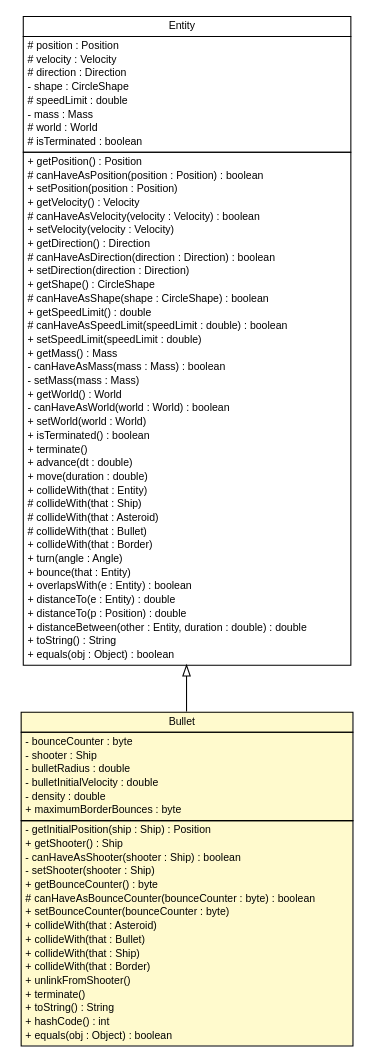
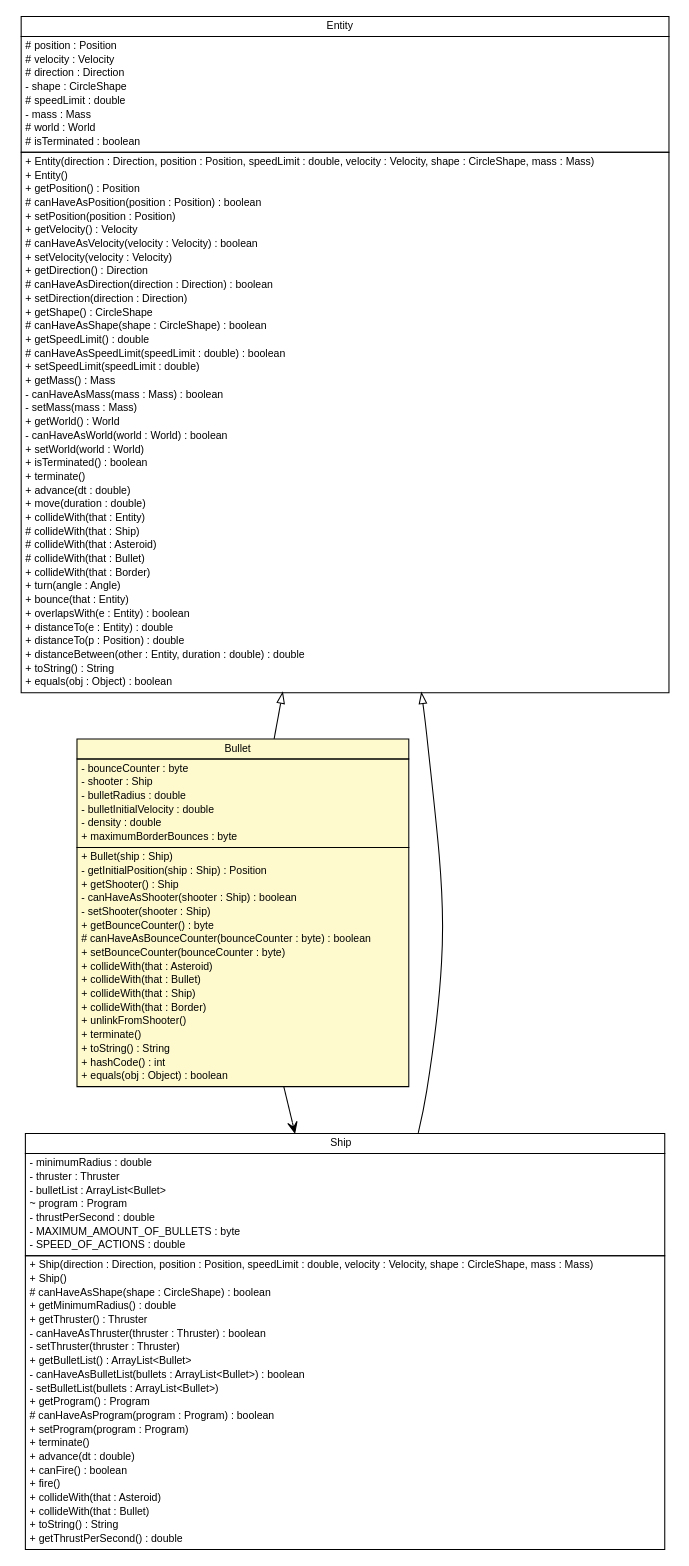
The diagram in doc/world/entity/Bullet.dot (sinopeus/asteroids), drawn with Graphviz before and after one commit. The commit also changed 940 other files, not shown here.

```diff
--- a/doc/world/entity/Bullet.dot
+++ b/doc/world/entity/Bullet.dot
@@ -1,101 +1,146 @@
 #!/usr/local/bin/dot
 #
 # Class diagram 
 # Generated by UMLGraph version R5_6 (http://www.umlgraph.org/)
 #
 
 digraph G {
 	edge [fontname="Helvetica",fontsize=10,labelfontname="Helvetica",labelfontsize=10];
 	node [fontname="Helvetica",fontsize=10,shape=plaintext];
 	nodesep=0.25;
 	ranksep=0.5;
 	// world.entity.Entity
-	c6643 [label=<<table title="world.entity.Entity" border="0" cellborder="1" cellspacing="0" cellpadding="2" port="p" href="./Entity.html">
+	c6675 [label=<<table title="world.entity.Entity" border="0" cellborder="1" cellspacing="0" cellpadding="2" port="p" href="./Entity.html">
 		<tr><td><table border="0" cellspacing="0" cellpadding="1">
 <tr><td align="center" balign="center"> Entity </td></tr>
 		</table></td></tr>
 		<tr><td><table border="0" cellspacing="0" cellpadding="1">
 <tr><td align="left" balign="left"> # position : Position </td></tr>
 <tr><td align="left" balign="left"> # velocity : Velocity </td></tr>
 <tr><td align="left" balign="left"> # direction : Direction </td></tr>
 <tr><td align="left" balign="left"> - shape : CircleShape </td></tr>
 <tr><td align="left" balign="left"> # speedLimit : double </td></tr>
 <tr><td align="left" balign="left"> - mass : Mass </td></tr>
 <tr><td align="left" balign="left"> # world : World </td></tr>
 <tr><td align="left" balign="left"> # isTerminated : boolean </td></tr>
 		</table></td></tr>
 		<tr><td><table border="0" cellspacing="0" cellpadding="1">
+<tr><td align="left" balign="left"> + Entity(direction : Direction, position : Position, speedLimit : double, velocity : Velocity, shape : CircleShape, mass : Mass) </td></tr>
+<tr><td align="left" balign="left"> + Entity() </td></tr>
 <tr><td align="left" balign="left"> + getPosition() : Position </td></tr>
 <tr><td align="left" balign="left"> # canHaveAsPosition(position : Position) : boolean </td></tr>
 <tr><td align="left" balign="left"> + setPosition(position : Position) </td></tr>
 <tr><td align="left" balign="left"> + getVelocity() : Velocity </td></tr>
 <tr><td align="left" balign="left"> # canHaveAsVelocity(velocity : Velocity) : boolean </td></tr>
 <tr><td align="left" balign="left"> + setVelocity(velocity : Velocity) </td></tr>
 <tr><td align="left" balign="left"> + getDirection() : Direction </td></tr>
 <tr><td align="left" balign="left"> # canHaveAsDirection(direction : Direction) : boolean </td></tr>
 <tr><td align="left" balign="left"> + setDirection(direction : Direction) </td></tr>
 <tr><td align="left" balign="left"> + getShape() : CircleShape </td></tr>
 <tr><td align="left" balign="left"> # canHaveAsShape(shape : CircleShape) : boolean </td></tr>
 <tr><td align="left" balign="left"> + getSpeedLimit() : double </td></tr>
 <tr><td align="left" balign="left"> # canHaveAsSpeedLimit(speedLimit : double) : boolean </td></tr>
 <tr><td align="left" balign="left"> + setSpeedLimit(speedLimit : double) </td></tr>
 <tr><td align="left" balign="left"> + getMass() : Mass </td></tr>
 <tr><td align="left" balign="left"> - canHaveAsMass(mass : Mass) : boolean </td></tr>
 <tr><td align="left" balign="left"> - setMass(mass : Mass) </td></tr>
 <tr><td align="left" balign="left"> + getWorld() : World </td></tr>
 <tr><td align="left" balign="left"> - canHaveAsWorld(world : World) : boolean </td></tr>
 <tr><td align="left" balign="left"> + setWorld(world : World) </td></tr>
 <tr><td align="left" balign="left"> + isTerminated() : boolean </td></tr>
 <tr><td align="left" balign="left"> + terminate() </td></tr>
 <tr><td align="left" balign="left"> + advance(dt : double) </td></tr>
 <tr><td align="left" balign="left"> + move(duration : double) </td></tr>
 <tr><td align="left" balign="left"> + collideWith(that : Entity) </td></tr>
 <tr><td align="left" balign="left"> # collideWith(that : Ship) </td></tr>
 <tr><td align="left" balign="left"> # collideWith(that : Asteroid) </td></tr>
 <tr><td align="left" balign="left"> # collideWith(that : Bullet) </td></tr>
 <tr><td align="left" balign="left"> + collideWith(that : Border) </td></tr>
 <tr><td align="left" balign="left"> + turn(angle : Angle) </td></tr>
 <tr><td align="left" balign="left"> + bounce(that : Entity) </td></tr>
 <tr><td align="left" balign="left"> + overlapsWith(e : Entity) : boolean </td></tr>
 <tr><td align="left" balign="left"> + distanceTo(e : Entity) : double </td></tr>
 <tr><td align="left" balign="left"> + distanceTo(p : Position) : double </td></tr>
 <tr><td align="left" balign="left"> + distanceBetween(other : Entity, duration : double) : double </td></tr>
 <tr><td align="left" balign="left"> + toString() : String </td></tr>
 <tr><td align="left" balign="left"> + equals(obj : Object) : boolean </td></tr>
 		</table></td></tr>
 		</table>>, URL="./Entity.html", fontname="Helvetica", fontcolor="black", fontsize=10.0];
 	// world.entity.Bullet
-	c6644 [label=<<table title="world.entity.Bullet" border="0" cellborder="1" cellspacing="0" cellpadding="2" port="p" bgcolor="lemonChiffon" href="./Bullet.html">
+	c6676 [label=<<table title="world.entity.Bullet" border="0" cellborder="1" cellspacing="0" cellpadding="2" port="p" bgcolor="lemonChiffon" href="./Bullet.html">
 		<tr><td><table border="0" cellspacing="0" cellpadding="1">
 <tr><td align="center" balign="center"> Bullet </td></tr>
 		</table></td></tr>
 		<tr><td><table border="0" cellspacing="0" cellpadding="1">
 <tr><td align="left" balign="left"> - bounceCounter : byte </td></tr>
 <tr><td align="left" balign="left"> - shooter : Ship </td></tr>
 <tr><td align="left" balign="left"> - bulletRadius : double </td></tr>
 <tr><td align="left" balign="left"> - bulletInitialVelocity : double </td></tr>
 <tr><td align="left" balign="left"> - density : double </td></tr>
 <tr><td align="left" balign="left"> + maximumBorderBounces : byte </td></tr>
 		</table></td></tr>
 		<tr><td><table border="0" cellspacing="0" cellpadding="1">
+<tr><td align="left" balign="left"> + Bullet(ship : Ship) </td></tr>
 <tr><td align="left" balign="left"> - getInitialPosition(ship : Ship) : Position </td></tr>
 <tr><td align="left" balign="left"> + getShooter() : Ship </td></tr>
 <tr><td align="left" balign="left"> - canHaveAsShooter(shooter : Ship) : boolean </td></tr>
 <tr><td align="left" balign="left"> - setShooter(shooter : Ship) </td></tr>
 <tr><td align="left" balign="left"> + getBounceCounter() : byte </td></tr>
 <tr><td align="left" balign="left"> # canHaveAsBounceCounter(bounceCounter : byte) : boolean </td></tr>
 <tr><td align="left" balign="left"> + setBounceCounter(bounceCounter : byte) </td></tr>
 <tr><td align="left" balign="left"> + collideWith(that : Asteroid) </td></tr>
 <tr><td align="left" balign="left"> + collideWith(that : Bullet) </td></tr>
 <tr><td align="left" balign="left"> + collideWith(that : Ship) </td></tr>
 <tr><td align="left" balign="left"> + collideWith(that : Border) </td></tr>
 <tr><td align="left" balign="left"> + unlinkFromShooter() </td></tr>
 <tr><td align="left" balign="left"> + terminate() </td></tr>
 <tr><td align="left" balign="left"> + toString() : String </td></tr>
 <tr><td align="left" balign="left"> + hashCode() : int </td></tr>
 <tr><td align="left" balign="left"> + equals(obj : Object) : boolean </td></tr>
 		</table></td></tr>
 		</table>>, URL="./Bullet.html", fontname="Helvetica", fontcolor="black", fontsize=10.0];
+	// world.entity.ship.Ship
+	c6678 [label=<<table title="world.entity.ship.Ship" border="0" cellborder="1" cellspacing="0" cellpadding="2" port="p" href="./ship/Ship.html">
+		<tr><td><table border="0" cellspacing="0" cellpadding="1">
+<tr><td align="center" balign="center"> Ship </td></tr>
+		</table></td></tr>
+		<tr><td><table border="0" cellspacing="0" cellpadding="1">
+<tr><td align="left" balign="left"> - minimumRadius : double </td></tr>
+<tr><td align="left" balign="left"> - thruster : Thruster </td></tr>
+<tr><td align="left" balign="left"> - bulletList : ArrayList&lt;Bullet&gt; </td></tr>
+<tr><td align="left" balign="left"> ~ program : Program </td></tr>
+<tr><td align="left" balign="left"> - thrustPerSecond : double </td></tr>
+<tr><td align="left" balign="left"> - MAXIMUM_AMOUNT_OF_BULLETS : byte </td></tr>
+<tr><td align="left" balign="left"> - SPEED_OF_ACTIONS : double </td></tr>
+		</table></td></tr>
+		<tr><td><table border="0" cellspacing="0" cellpadding="1">
+<tr><td align="left" balign="left"> + Ship(direction : Direction, position : Position, speedLimit : double, velocity : Velocity, shape : CircleShape, mass : Mass) </td></tr>
+<tr><td align="left" balign="left"> + Ship() </td></tr>
+<tr><td align="left" balign="left"> # canHaveAsShape(shape : CircleShape) : boolean </td></tr>
+<tr><td align="left" balign="left"> + getMinimumRadius() : double </td></tr>
+<tr><td align="left" balign="left"> + getThruster() : Thruster </td></tr>
+<tr><td align="left" balign="left"> - canHaveAsThruster(thruster : Thruster) : boolean </td></tr>
+<tr><td align="left" balign="left"> - setThruster(thruster : Thruster) </td></tr>
+<tr><td align="left" balign="left"> + getBulletList() : ArrayList&lt;Bullet&gt; </td></tr>
+<tr><td align="left" balign="left"> - canHaveAsBulletList(bullets : ArrayList&lt;Bullet&gt;) : boolean </td></tr>
+<tr><td align="left" balign="left"> - setBulletList(bullets : ArrayList&lt;Bullet&gt;) </td></tr>
+<tr><td align="left" balign="left"> + getProgram() : Program </td></tr>
+<tr><td align="left" balign="left"> # canHaveAsProgram(program : Program) : boolean </td></tr>
+<tr><td align="left" balign="left"> + setProgram(program : Program) </td></tr>
+<tr><td align="left" balign="left"> + terminate() </td></tr>
+<tr><td align="left" balign="left"> + advance(dt : double) </td></tr>
+<tr><td align="left" balign="left"> + canFire() : boolean </td></tr>
+<tr><td align="left" balign="left"> + fire() </td></tr>
+<tr><td align="left" balign="left"> + collideWith(that : Asteroid) </td></tr>
+<tr><td align="left" balign="left"> + collideWith(that : Bullet) </td></tr>
+<tr><td align="left" balign="left"> + toString() : String </td></tr>
+<tr><td align="left" balign="left"> + getThrustPerSecond() : double </td></tr>
+		</table></td></tr>
+		</table>>, URL="./ship/Ship.html", fontname="Helvetica", fontcolor="black", fontsize=10.0];
 	//world.entity.Bullet extends world.entity.Entity
-	c6643:p -> c6644:p [dir=back,arrowtail=empty];
+	c6675:p -> c6676:p [dir=back,arrowtail=empty];
+	//world.entity.ship.Ship extends world.entity.Entity
+	c6675:p -> c6678:p [dir=back,arrowtail=empty];
+	// world.entity.Bullet NAVASSOC world.entity.ship.Ship
+	c6676:p -> c6678:p [taillabel="", label="", headlabel="", fontname="Helvetica", fontcolor="black", fontsize=10.0, color="black", arrowhead=open];
 }
```
